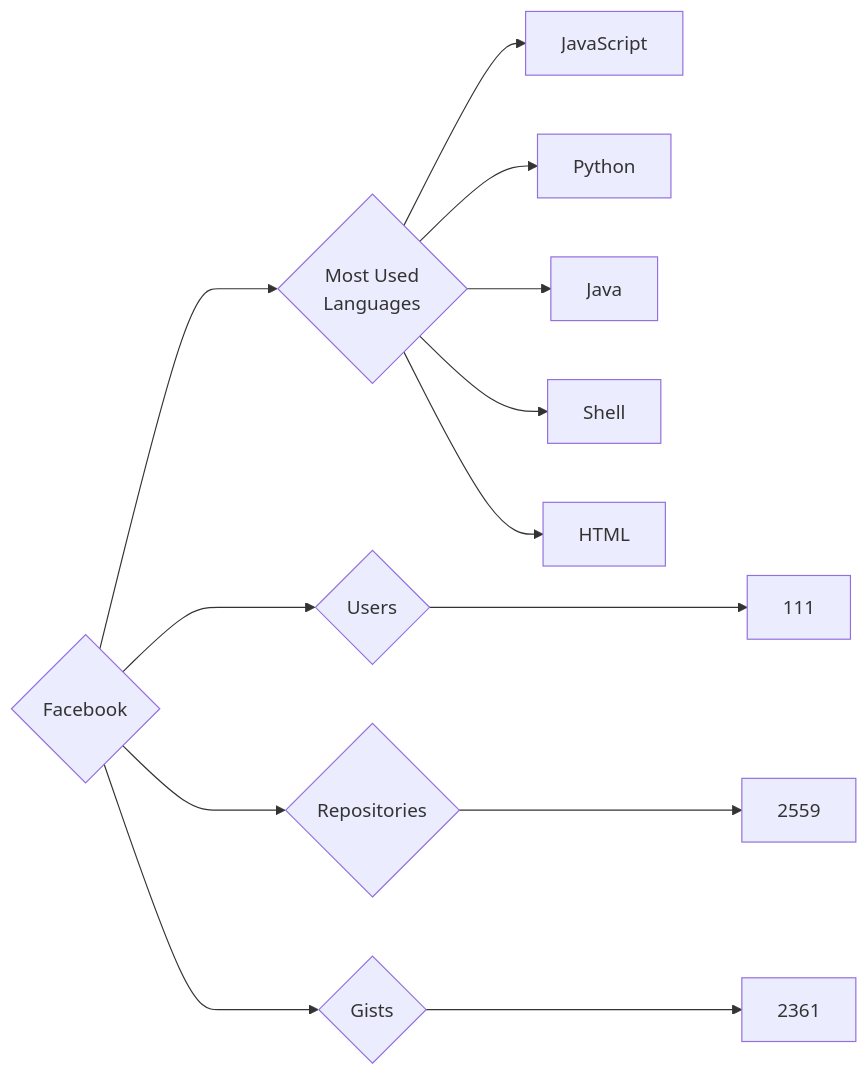
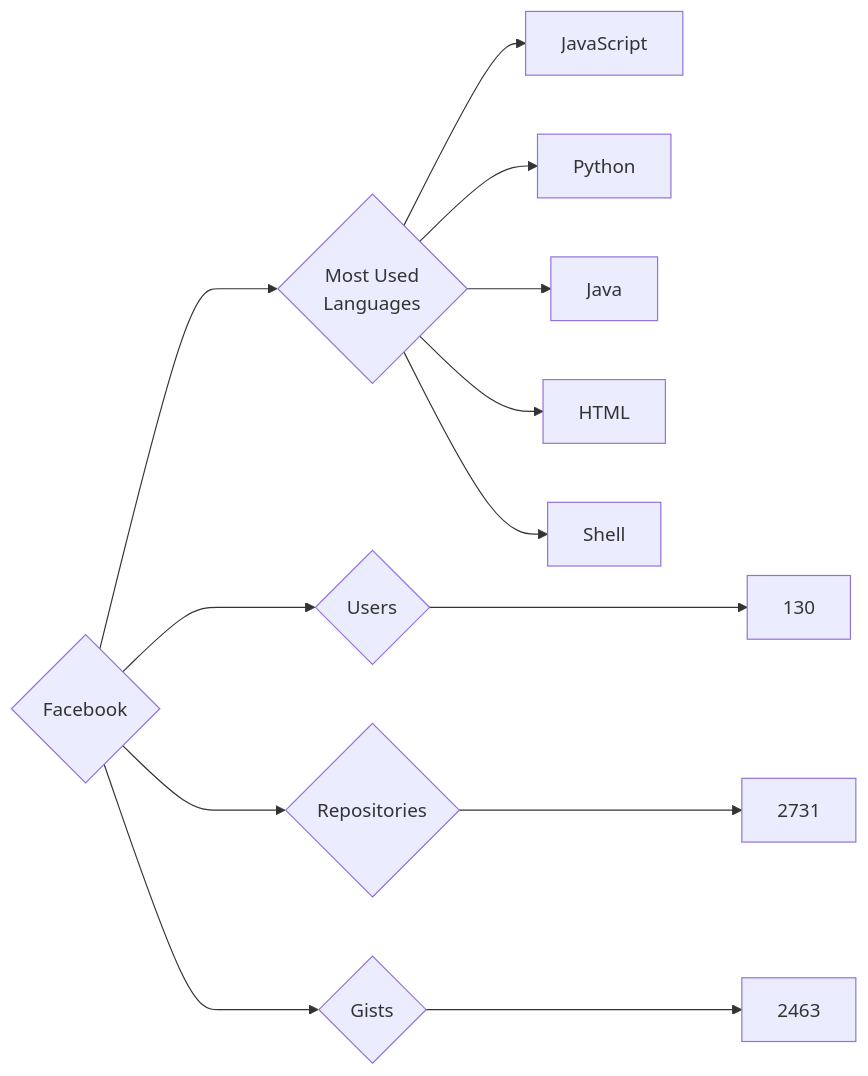
The diagram in targets/Facebook/README.md (trickest/insiders), drawn with Mermaid before and after one commit. The commit also changed 894 other files, not shown here.

````diff
--- a/targets/Facebook/README.md
+++ b/targets/Facebook/README.md
@@ -3,13 +3,13 @@
 ```mermaid
 graph LR
 COMPANY_NAME{Facebook}
-COMPANY_NAME ---> U{Users} ---> UN[111]
-COMPANY_NAME ---> R{Repositories} ---> RN[2559]
-COMPANY_NAME ---> G{Gists} ---> GN[2361]
+COMPANY_NAME ---> U{Users} ---> UN[130]
+COMPANY_NAME ---> R{Repositories} ---> RN[2731]
+COMPANY_NAME ---> G{Gists} ---> GN[2463]
 COMPANY_NAME ---> ML{Most Used<br>Languages}
 ML --> JavaScript[JavaScript]
 ML --> Python[Python]
 ML --> Java[Java]
+ML --> HTML[HTML]
 ML --> Shell[Shell]
-ML --> HTML[HTML]
 ```
````
